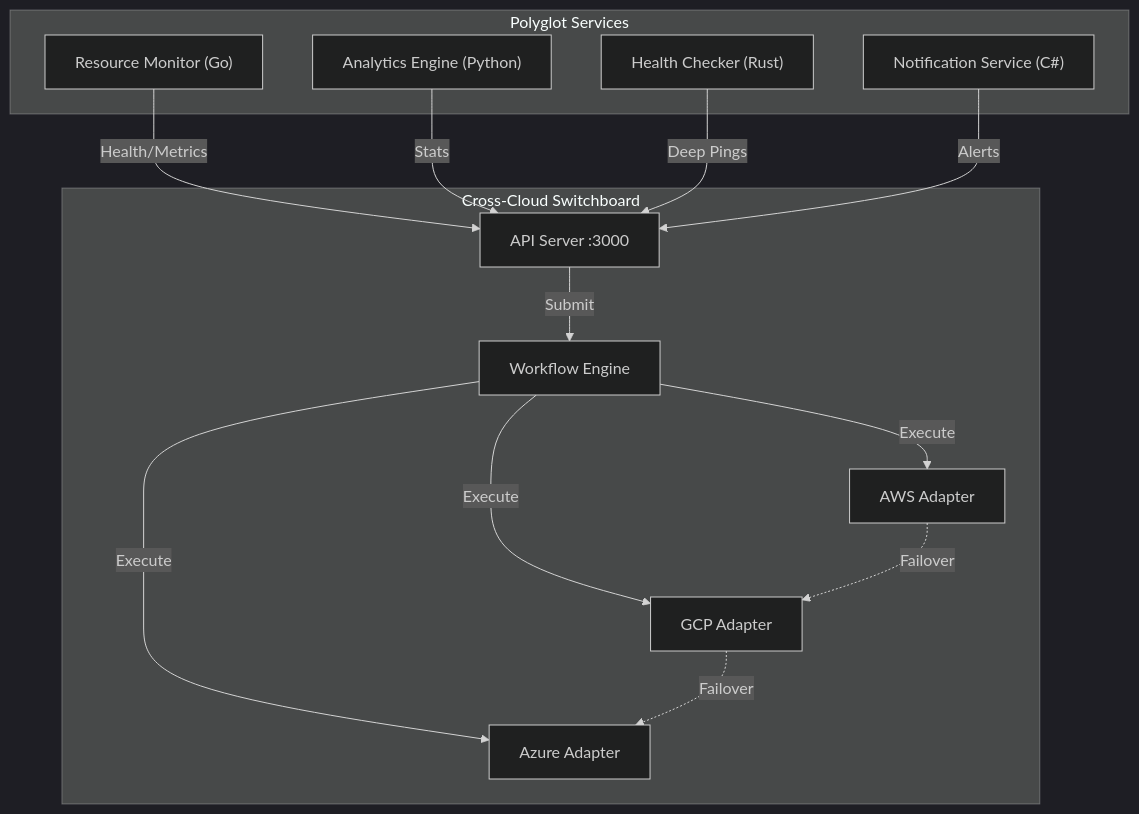
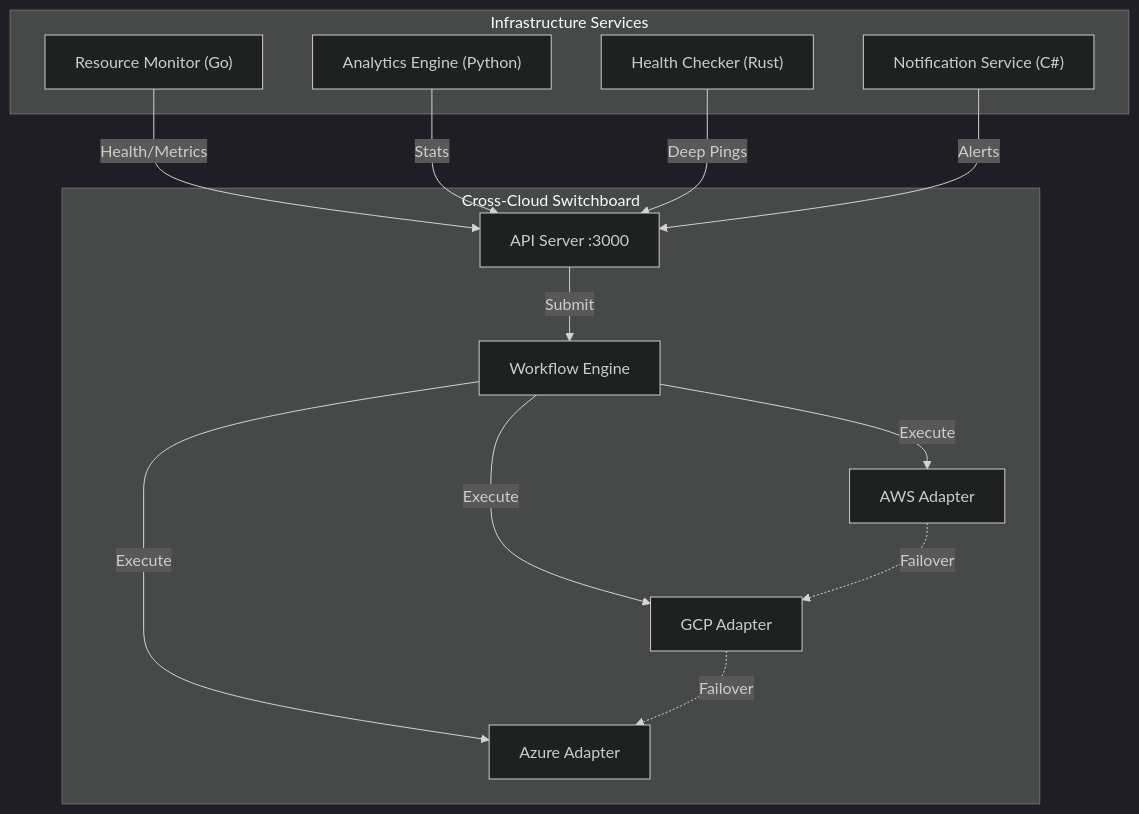
The diagram in README.md (Kshitijpalsinghtomar/cross-cloud-orchestrator), drawn with Mermaid (dark theme) before and after one commit. The commit also changed other lines of this file and 8 other files, not shown here.

````diff
--- a/README.md
+++ b/README.md
@@ -41,19 +41,19 @@
 ```mermaid
 graph TD
     subgraph "Cross-Cloud Switchboard"
         API["API Server :3000"] -->|Submit| Engine["Workflow Engine"]
         Engine -->|Execute| AWS["AWS Adapter"]
         Engine -->|Execute| GCP["GCP Adapter"]
         Engine -->|Execute| Azure["Azure Adapter"]
     end
 
-    subgraph "Polyglot Services"
+    subgraph "Infrastructure Services"
         Monitor["Resource Monitor (Go)"] -->|Health/Metrics| API
         Analytics["Analytics Engine (Python)"] -->|Stats| API
         Health["Health Checker (Rust)"] -->|Deep Pings| API
         Notify["Notification Service (C#)"] -->|Alerts| API
     end
 
     AWS -.->|Failover| GCP
     GCP -.->|Failover| Azure
 ```
````
